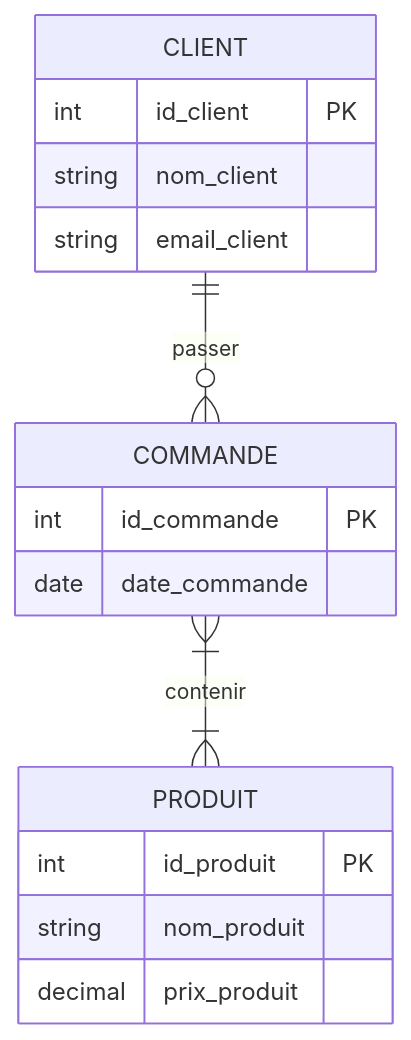
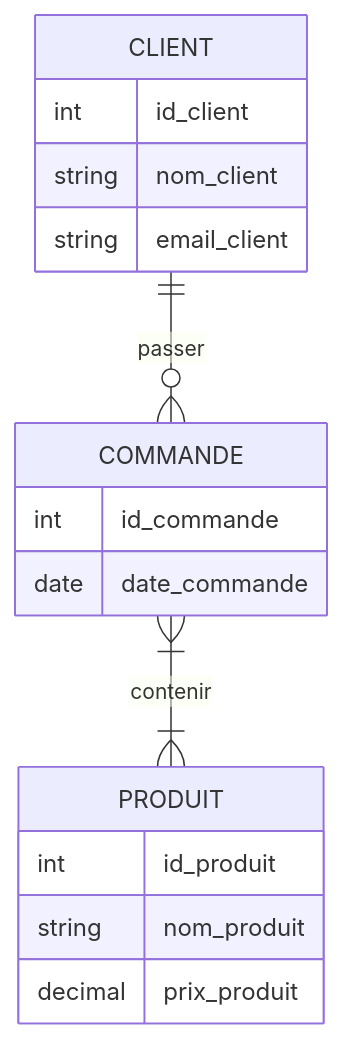
The diagram in tuto/mcd.md (oumaima-mahfoud-mobile-dev-solicode/session-0), drawn with Mermaid before and after one commit.

Commit message:
update mcd

````diff
--- a/tuto/mcd.md
+++ b/tuto/mcd.md
@@ -1,24 +1,24 @@
 ```mermaid
 erDiagram
 
     CLIENT {
-        int id_client PK
+        int id_client 
         string nom_client
         string email_client
     }
 
     COMMANDE {
-        int id_commande PK
+        int id_commande 
         date date_commande
     }
 
     PRODUIT {
-        int id_produit PK
+        int id_produit 
         string nom_produit
         decimal prix_produit
     }
 
     CLIENT ||--o{ COMMANDE : passer 
     COMMANDE }|--|{ PRODUIT : contenir 
 
 ```
````
